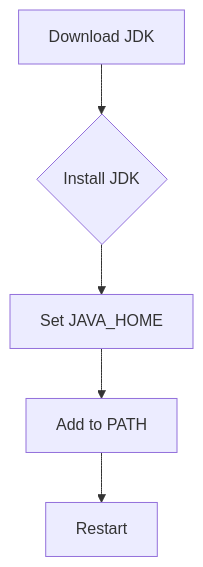
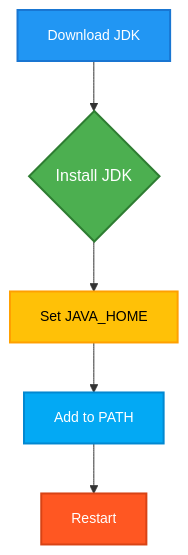
The second of 10 diagrams in _posts/2024-11-29-overview-of-java.md (infoyouth/infoyouth.github.io), drawn with Mermaid before and after one commit. The commit also changed other lines of this file, not shown here.

````diff
--- a/_posts/2024-11-29-overview-of-java.md
+++ b/_posts/2024-11-29-overview-of-java.md
@@ -154,7 +220,14 @@
 ```mermaid
 graph TD
     A[Download JDK] --> B{Install JDK};
     B --> C[Set JAVA_HOME];
     C --> D[Add to PATH];
     D --> E[Restart];
+
+    style A fill:#2196F3,stroke:#1976D2,stroke-width:2px,color:#FFFFFF,font-size:14px
+    style B fill:#4CAF50,stroke:#2E7D32,stroke-width:2px,color:#FFFFFF,font-size:16px
+    style C fill:#FFC107,stroke:#FFA000,stroke-width:2px,color:#000000,font-size:14px
+    style D fill:#03A9F4,stroke:#0288D1,stroke-width:2px,color:#FFFFFF,font-size:14px
+    style E fill:#FF5722,stroke:#D84315,stroke-width:2px,color:#FFFFFF,font-size:14px
+
 ```
````
